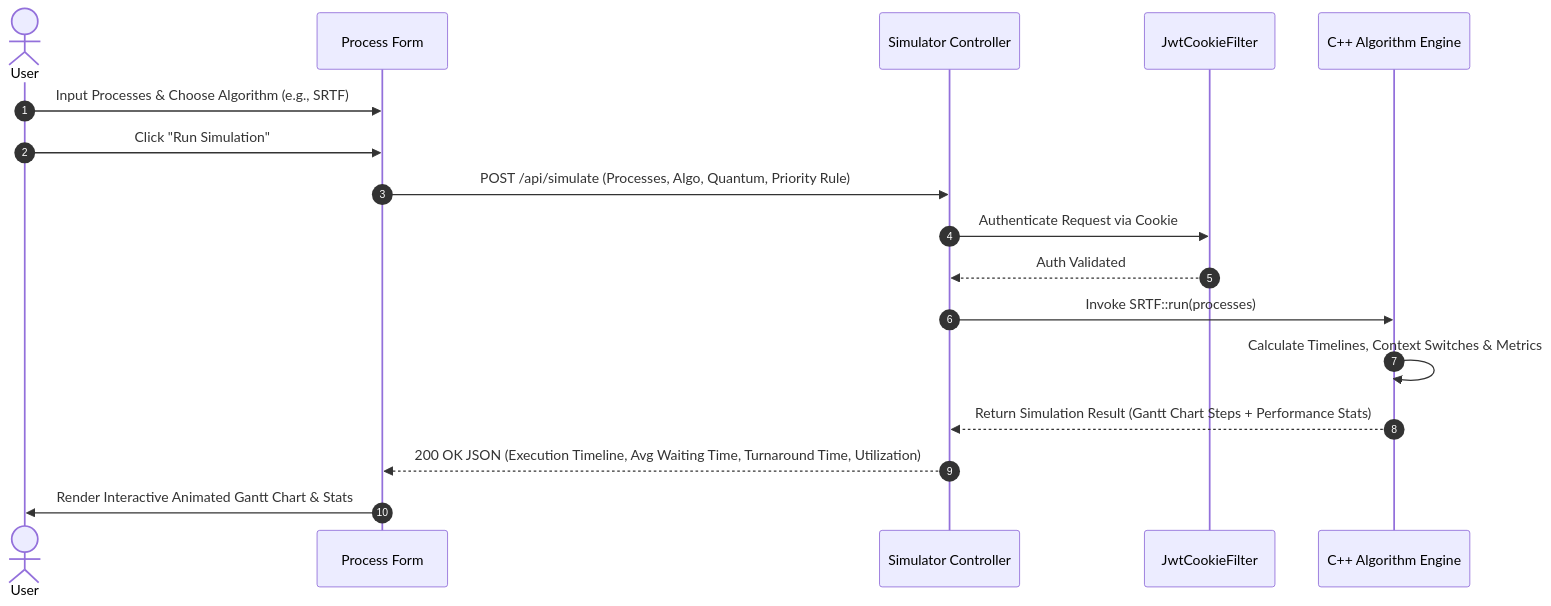
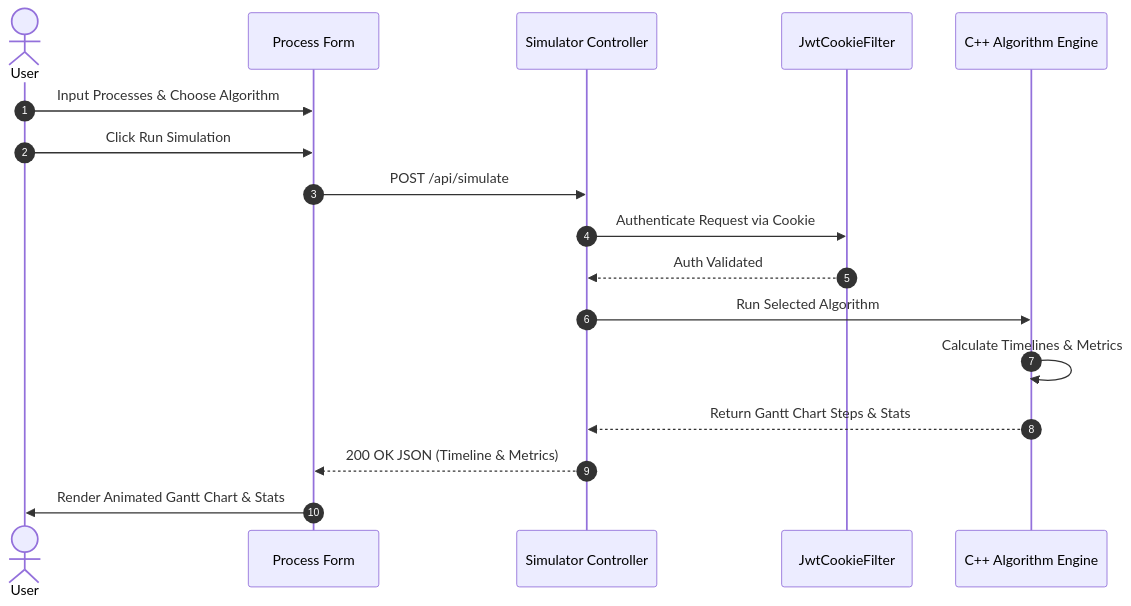
One commit to KunalTechs/Cpu-Scheduling-Visualizer changed the third of 4 diagrams in README.md. Above: the diagram before and after it, drawn with Mermaid. The commit also changed other lines of this file, not shown here.

````diff
--- a/README.md
+++ b/README.md
@@ -131,20 +131,20 @@
 ```mermaid
 sequenceDiagram
     autonumber
     actor User
     participant UI as Process Form
     participant SimCtrl as Simulator Controller
     participant Filter as JwtCookieFilter
     participant Engine as C++ Algorithm Engine
 
-    User->>UI: Input Processes & Choose Algorithm (e.g., SRTF)
-    User->>UI: Click "Run Simulation"
-    UI->>SimCtrl: POST /api/simulate (Processes, Algo, Quantum, Priority Rule)
+    User->>UI: Input Processes & Choose Algorithm
+    User->>UI: Click Run Simulation
+    UI->>SimCtrl: POST /api/simulate
     SimCtrl->>Filter: Authenticate Request via Cookie
     Filter-->>SimCtrl: Auth Validated
-    SimCtrl->>Engine: Invoke SRTF::run(processes)
-    Engine->>Engine: Calculate Timelines, Context Switches & Metrics
-    Engine-->>SimCtrl: Return Simulation Result (Gantt Chart Steps + Performance Stats)
-    SimCtrl-->>UI: 200 OK JSON (Execution Timeline, Avg Waiting Time, Turnaround Time, Utilization)
-    UI->>User: Render Interactive Animated Gantt Chart & Stats
+    SimCtrl->>Engine: Run Selected Algorithm
+    Engine->>Engine: Calculate Timelines & Metrics
+    Engine-->>SimCtrl: Return Gantt Chart Steps & Stats
+    SimCtrl-->>UI: 200 OK JSON (Timeline & Metrics)
+    UI->>User: Render Animated Gantt Chart & Stats
 ```
````
